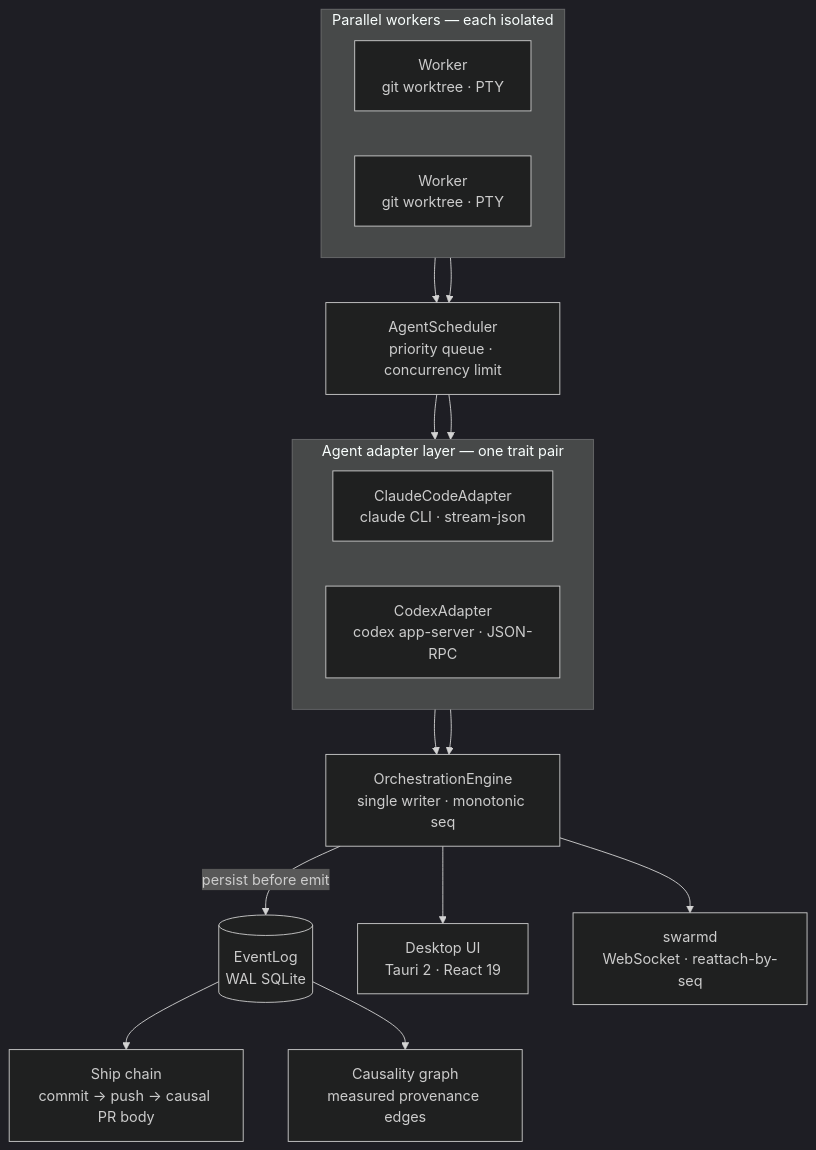
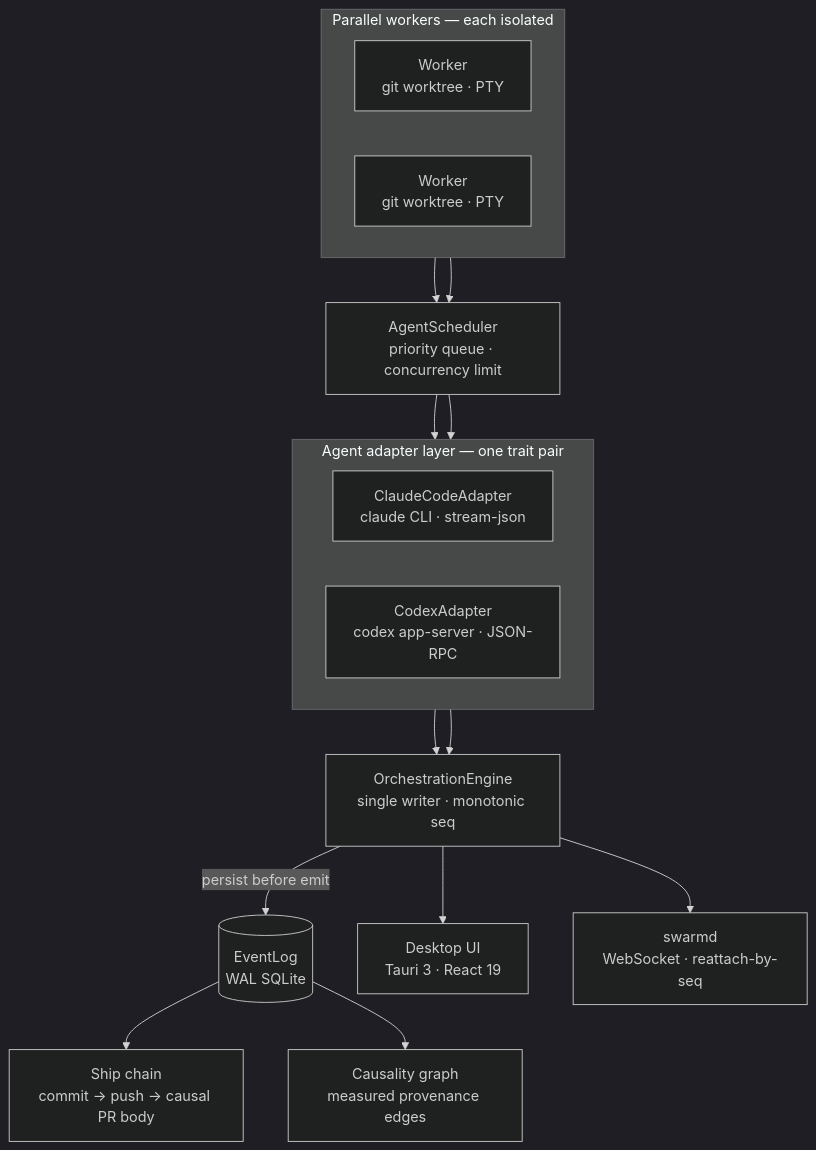
The diagram in README.md (ABCrimson/Swarm), drawn with Mermaid (dark theme) before and after one commit. The commit also changed other lines of this file and 1 other file, not shown here.

First line of the commit message:
docs: README and site true to Tauri 3, 36-command Registry, root crates layout

````diff
--- a/README.md
+++ b/README.md
@@ -77,26 +77,26 @@
 ```mermaid
 flowchart TB
     subgraph Workers["Parallel workers — each isolated"]
       direction LR
       W1["Worker<br/>git worktree · PTY"]
       W2["Worker<br/>git worktree · PTY"]
     end
 
     W1 & W2 --> SCHED["AgentScheduler<br/>priority queue · concurrency limit"]
 
     subgraph Adapters["Agent adapter layer — one trait pair"]
       direction LR
       CC["ClaudeCodeAdapter<br/>claude CLI · stream-json"]
       CX["CodexAdapter<br/>codex app-server · JSON-RPC"]
     end
     SCHED --> CC & CX
 
     CC & CX --> ENG["OrchestrationEngine<br/>single writer · monotonic seq"]
     ENG -->|persist before emit| LOG[("EventLog<br/>WAL SQLite")]
 
-    ENG --> DESK["Desktop UI<br/>Tauri 2 · React 19"]
+    ENG --> DESK["Desktop UI<br/>Tauri 3 · React 19"]
     ENG --> WS["swarmd<br/>WebSocket · reattach-by-seq"]
 
     LOG --> SHIP["Ship chain<br/>commit → push → causal PR body"]
     LOG --> CAUSE["Causality graph<br/>measured provenance edges"]
 ```
````
